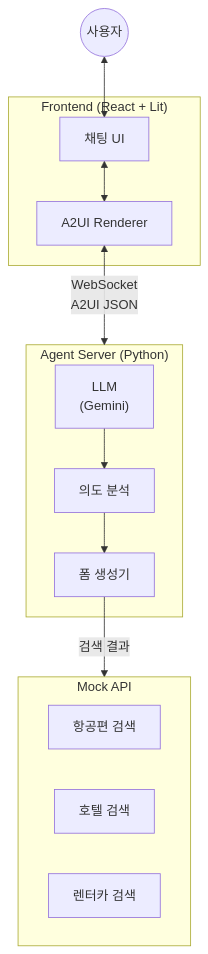
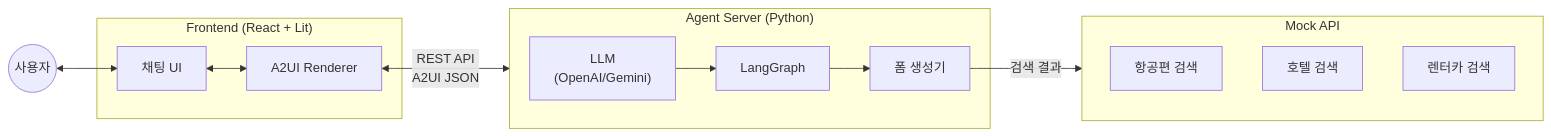
The second of 3 diagrams in docs/SPEC.md (BuildingOwner/Trip-Booking-Bot-A2UI), drawn with Mermaid before and after one commit. The commit also changed other lines of this file and 1 other file, not shown here.

````diff
--- a/docs/SPEC.md
+++ b/docs/SPEC.md
@@ -40,25 +40,25 @@
 ```mermaid
-flowchart TB
+flowchart LR
     subgraph Frontend["Frontend (React + Lit)"]
         Chat["채팅 UI"]
         A2UI["A2UI Renderer"]
         Chat <--> A2UI
     end
 
     subgraph Agent["Agent Server (Python)"]
-        LLM["LLM<br/>(Gemini)"]
-        Intent["의도 분석"]
+        LLM["LLM<br/>(OpenAI/Gemini)"]
+        Graph["LangGraph"]
         FormGen["폼 생성기"]
-        LLM --> Intent --> FormGen
+        LLM --> Graph --> FormGen
     end
 
     subgraph MockAPI["Mock API"]
         Flights["항공편 검색"]
         Hotels["호텔 검색"]
         Cars["렌터카 검색"]
     end
 
     User((사용자)) <--> Chat
-    A2UI <-->|"WebSocket<br/>A2UI JSON"| Agent
+    A2UI <-->|"REST API<br/>A2UI JSON"| Agent
     FormGen -->|"검색 결과"| MockAPI
 ```
````
